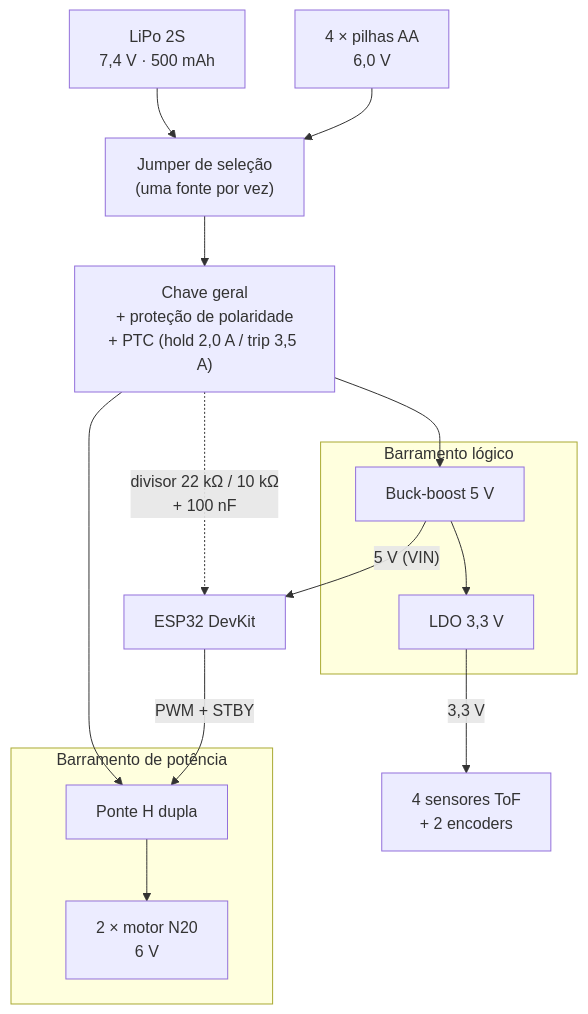
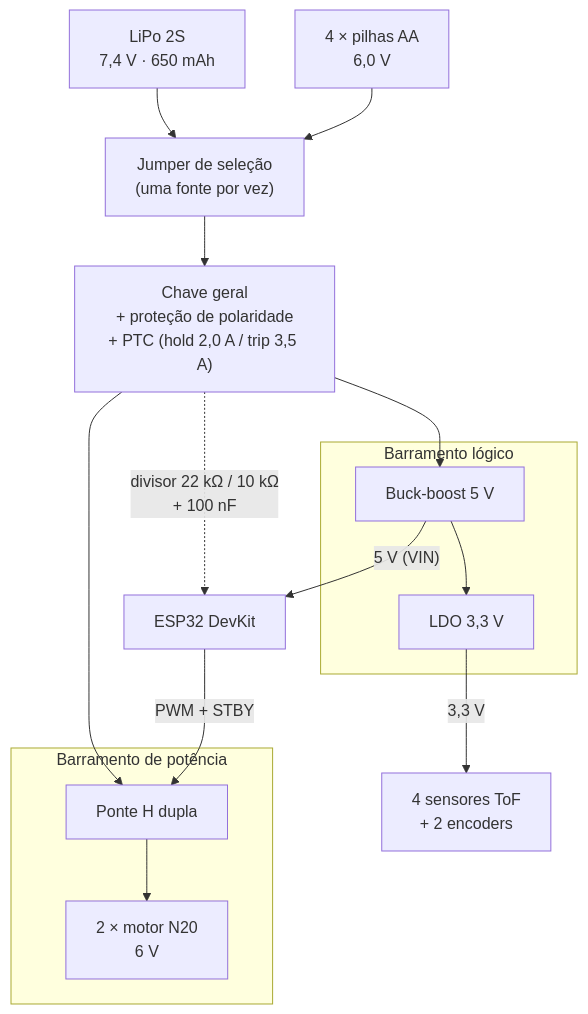
Before and after one commit to fcte-pi1/2026_2_PI1_Grupo01_Juliana: the diagram in docs/4.2 - Projeto conceitual de energia.md, drawn with Mermaid. The commit also changed other lines of this file and 4 other files, not shown here.

````diff
--- a/docs/4.2 - Projeto conceitual de energia.md
+++ b/docs/4.2 - Projeto conceitual de energia.md
@@ -230,21 +234,21 @@
 ```mermaid
 flowchart TB
-    LIPO["LiPo 2S<br/>7,4 V · 500 mAh"] --> JMP
+    LIPO["LiPo 2S<br/>7,4 V · 650 mAh"] --> JMP
     AA["4 × pilhas AA<br/>6,0 V"] --> JMP
     JMP["Jumper de seleção<br/>(uma fonte por vez)"] --> PROT["Chave geral<br/>+ proteção de polaridade<br/>+ PTC (hold 2,0 A / trip 3,5 A)"]
 
     subgraph POT["Barramento de potência"]
         PH["Ponte H dupla"] --> MOT["2 × motor N20<br/>6 V"]
     end
 
     subgraph LOG["Barramento lógico"]
         BB["Buck-boost 5 V"] --> LDO["LDO 3,3 V"]
     end
 
     PROT --> PH
     PROT --> BB
     PROT -. "divisor 22 kΩ / 10 kΩ<br/>+ 100 nF" .-> ESP
     BB -- "5 V (VIN)" --> ESP["ESP32 DevKit"]
     LDO -- "3,3 V" --> SENS["4 sensores ToF<br/>+ 2 encoders"]
     ESP -- "PWM + STBY" --> PH
 ```
````
